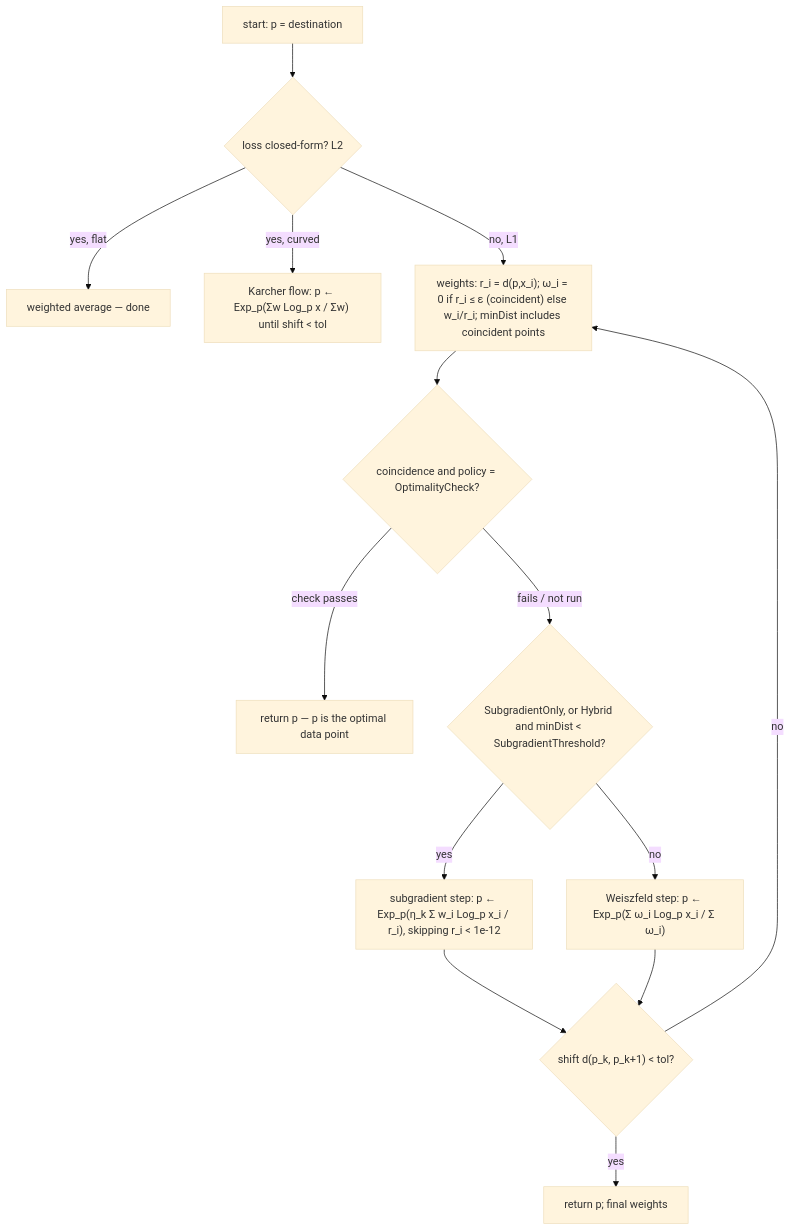
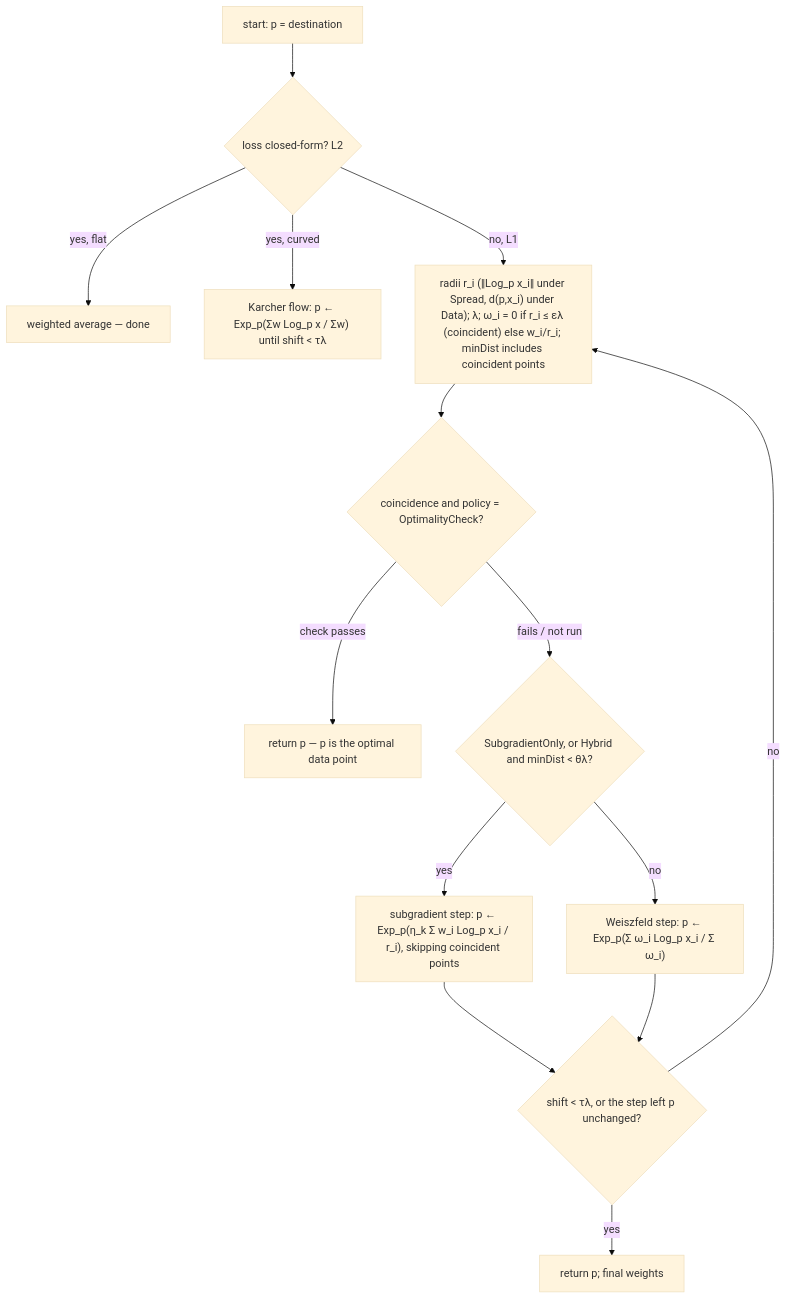
The second of 2 diagrams in docs/Maths/RiemannianGeometry.md (aghado01/ThermoMapper), drawn with Mermaid (base theme) before and after one commit. The commit also changed other lines of this file and 5 other files, not shown here.

````diff
--- a/docs/Maths/RiemannianGeometry.md
+++ b/docs/Maths/RiemannianGeometry.md
@@ -124,16 +124,16 @@
 ```mermaid
 flowchart TD
   A[start: p = destination] --> B{loss closed-form? L2}
   B -->|yes, flat| C[weighted average — done]
-  B -->|yes, curved| D["Karcher flow: p ← Exp_p(Σw Log_p x / Σw) until shift < tol"]
-  B -->|no, L1| E["weights: r_i = d(p,x_i); ω_i = 0 if r_i ≤ ε (coincident) else w_i/r_i; minDist includes coincident points"]
+  B -->|yes, curved| D["Karcher flow: p ← Exp_p(Σw Log_p x / Σw) until shift < τλ"]
+  B -->|no, L1| E["radii r_i (‖Log_p x_i‖ under Spread, d(p,x_i) under Data); λ; ω_i = 0 if r_i ≤ ελ (coincident) else w_i/r_i; minDist includes coincident points"]
   E --> F{"coincidence and policy = OptimalityCheck?"}
   F -->|check passes| G[return p — p is the optimal data point]
-  F -->|fails / not run| H{"SubgradientOnly, or Hybrid and minDist < SubgradientThreshold?"}
-  H -->|yes| I["subgradient step: p ← Exp_p(η_k Σ w_i Log_p x_i / r_i), skipping r_i < 1e-12"]
+  F -->|fails / not run| H{"SubgradientOnly, or Hybrid and minDist < θλ?"}
+  H -->|yes| I["subgradient step: p ← Exp_p(η_k Σ w_i Log_p x_i / r_i), skipping coincident points"]
   H -->|no| J["Weiszfeld step: p ← Exp_p(Σ ω_i Log_p x_i / Σ ω_i)"]
-  I --> K{"shift d(p_k, p_k+1) < tol?"}
+  I --> K{"shift < τλ, or the step left p unchanged?"}
   J --> K
   K -->|no| E
   K -->|yes| L[return p; final weights]
 ```
````
